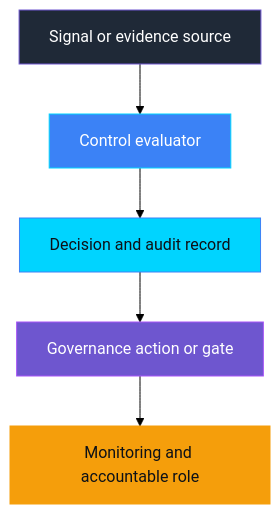
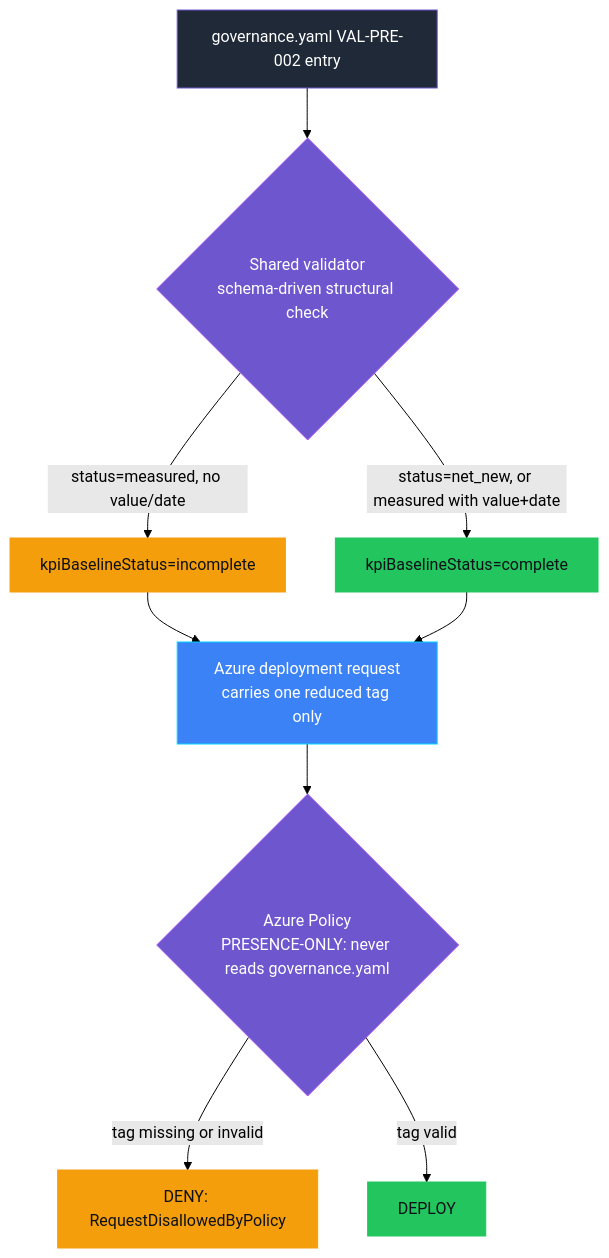
The diagram in controls/value_adoption_and_finops/VAL-PRE-002_kpi_baseline_missing/README.md (doruit/forged-with-foundry), drawn with Mermaid (forest theme) before and after one commit. The commit also changed other lines of this file and 50 other files, not shown here.

First line of the commit message:
feat: Add governance contract and evidence schemas for customer support agent

````diff
--- a/controls/value_adoption_and_finops/VAL-PRE-002_kpi_baseline_missing/README.md
+++ b/controls/value_adoption_and_finops/VAL-PRE-002_kpi_baseline_missing/README.md
@@ -61,18 +133,22 @@
 ```mermaid
 flowchart TB
-    S[Signal or evidence source] --> C[Control evaluator]
-    C --> R[Decision and audit record]
-    R --> G[Governance action or gate]
-    G --> M[Monitoring and accountable role]
+  Y[governance.yaml VAL-PRE-002 entry] --> V{"Shared validator<br/>schema-driven structural check"}
+  V -->|status=measured, no value/date| INCOMPLETE[kpiBaselineStatus=incomplete]
+  V -->|status=net_new, or measured with value+date| COMPLETE[kpiBaselineStatus=complete]
+  INCOMPLETE --> REQ[Azure deployment request<br/>carries one reduced tag only]
+  COMPLETE --> REQ
+  REQ --> POLICY{"Azure Policy<br/>PRESENCE-ONLY: never reads governance.yaml"}
+  POLICY -->|tag missing or invalid| DENY[DENY: RequestDisallowedByPolicy]
+  POLICY -->|tag valid| DEPLOY[DEPLOY]
 
-    classDef governance fill:#6E56CF,stroke:#A855F7,color:#FFFFFF
-    classDef platform fill:#3B82F6,stroke:#00D4FF,color:#FFFFFF
-    classDef evidence fill:#00D4FF,stroke:#3B82F6,color:#0D1117
-    classDef neutral fill:#1F2937,stroke:#6E56CF,color:#FFFFFF
-    classDef attention fill:#F59E0B,stroke:#F59E0B,color:#0D1117
-    class S neutral
-    class C platform
-    class R evidence
-    class G governance
-    class M attention
+  classDef governance fill:#6E56CF,stroke:#A855F7,color:#FFFFFF
+  classDef platform fill:#3B82F6,stroke:#00D4FF,color:#FFFFFF
+  classDef success fill:#22C55E,stroke:#22C55E,color:#0D1117
+  classDef attention fill:#F59E0B,stroke:#F59E0B,color:#0D1117
+  classDef neutral fill:#1F2937,stroke:#6E56CF,color:#FFFFFF
+  class Y neutral
+  class V,POLICY governance
+  class REQ platform
+  class INCOMPLETE,DENY attention
+  class COMPLETE,DEPLOY success
 ```
````
